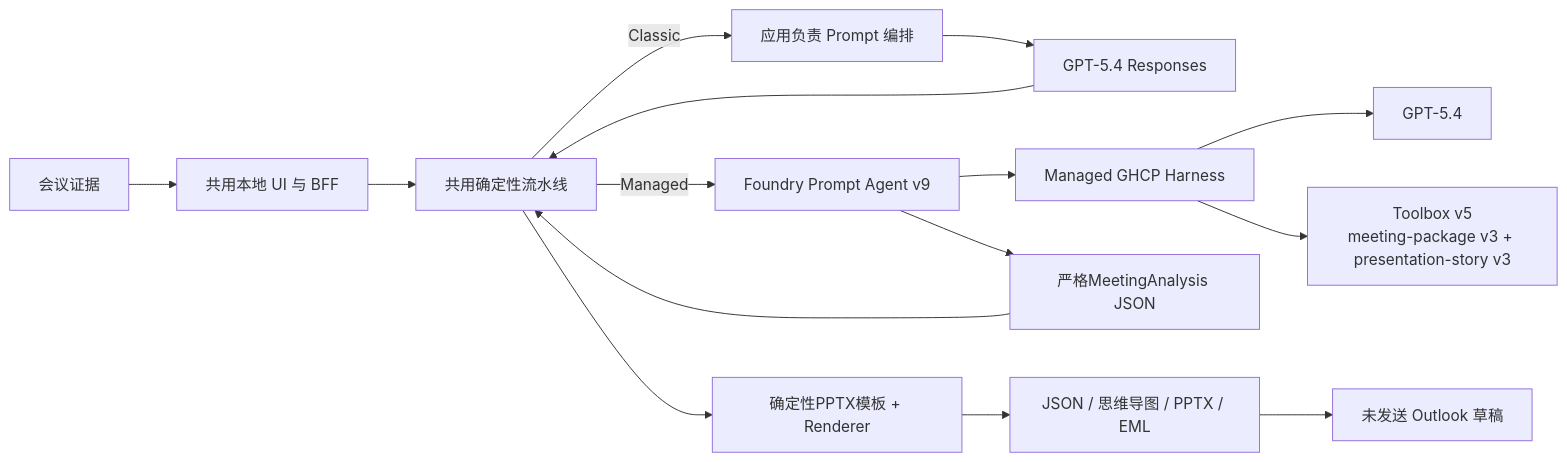
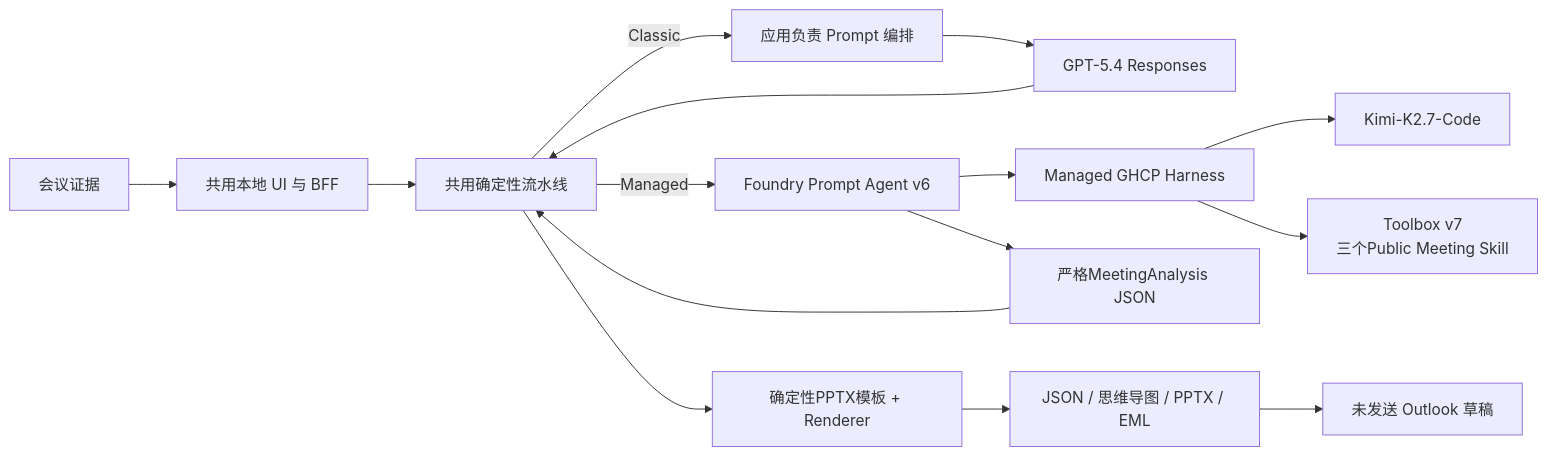
One commit to david-xinyuwei/david-share changed the diagram in Agents/Meeting-Agent/managed-agent/docs/IMPLEMENTATION-COMPARISON-CN.md. Above: the diagram before and after it, drawn with Mermaid. The commit also changed other lines of this file and 36 other files, not shown here.

First line of the commit message:
docs: align managed meeting agent with kimi runtime

````diff
--- a/Agents/Meeting-Agent/managed-agent/docs/IMPLEMENTATION-COMPARISON-CN.md
+++ b/Agents/Meeting-Agent/managed-agent/docs/IMPLEMENTATION-COMPARISON-CN.md
@@ -18,17 +18,17 @@
 ```mermaid
 flowchart LR
     E[会议证据] --> UI[共用本地 UI 与 BFF]
     UI --> P[共用确定性流水线]
     P -->|Classic| C[应用负责 Prompt 编排]
     C --> M1[GPT-5.4 Responses]
-    P -->|Managed| A[Foundry Prompt Agent v9]
+    P -->|Managed| A[Foundry Prompt Agent v6]
     A --> H[Managed GHCP Harness]
-    H --> M2[GPT-5.4]
-    H --> T[Toolbox v5\nmeeting-package v3 + presentation-story v3]
+    H --> M2[Kimi-K2.7-Code]
+    H --> T[Toolbox v7\n三个Public Meeting Skill]
     M1 --> P
     A --> J[严格MeetingAnalysis JSON]
     J --> P
     P --> R[确定性PPTX模板 + Renderer]
     R --> O[JSON / 思维导图 / PPTX / EML]
     O --> D[未发送 Outlook 草稿]
 ```
````
